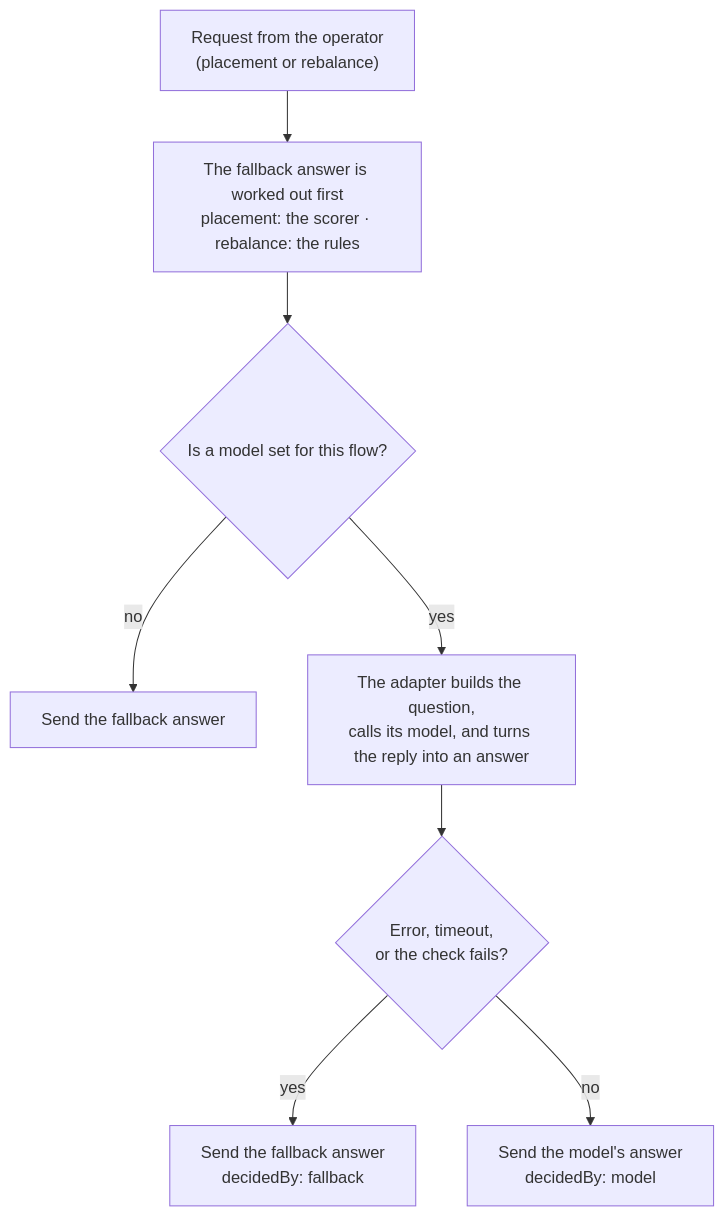
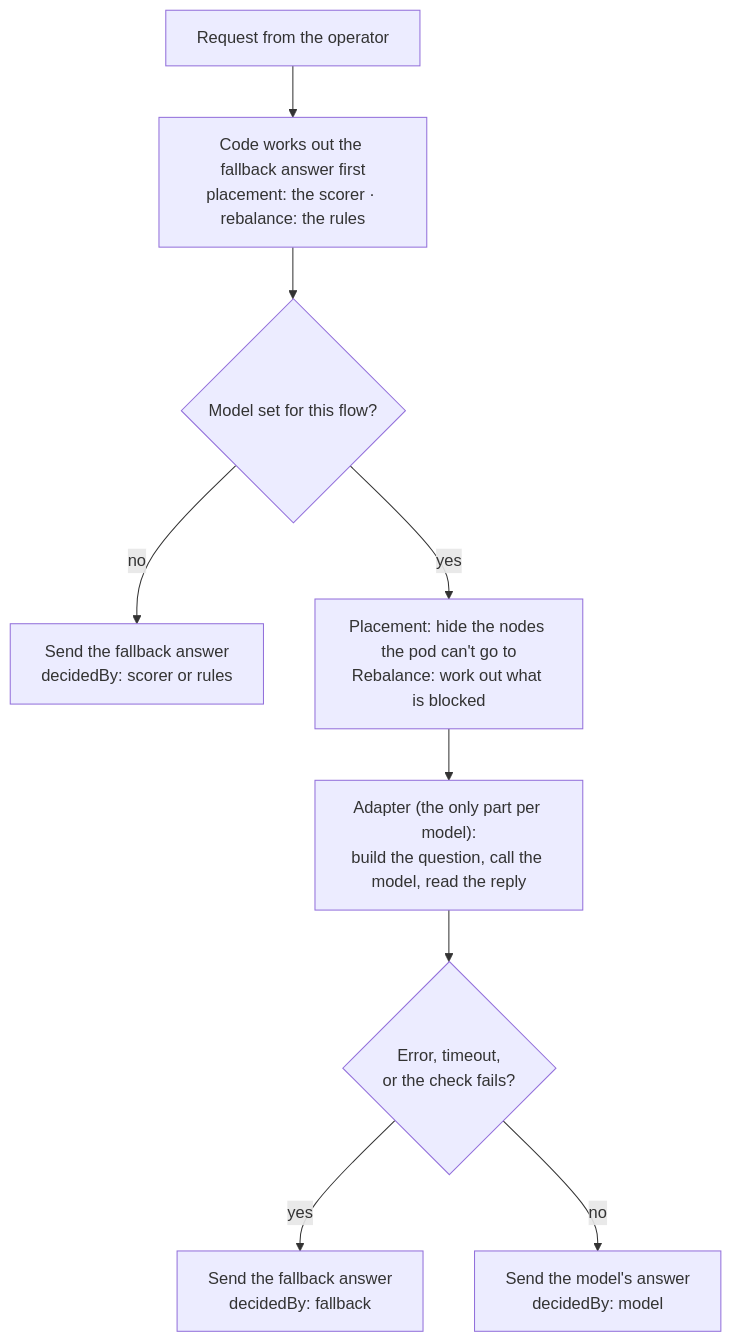
The diagram in docs/decision-models.md (HIRO-MicroDataCenters-BV/hiro-adaptive-orchestrator), drawn with Mermaid before and after one commit. The commit also changed other lines of this file and 7 other files, not shown here.

Commit message:
Hide the nodes a pod can't go to from every placement model, and lead the model guide with settings-only integration

````diff
--- a/docs/decision-models.md
+++ b/docs/decision-models.md
@@ -21,10 +23,11 @@
 ```mermaid
 flowchart TD
-    Req["Request from the operator<br/>(placement or rebalance)"] --> FB["The fallback answer is worked out first<br/>placement: the scorer · rebalance: the rules"]
-    FB --> On{"Is a model set for this flow?"}
-    On -- no --> SendFB["Send the fallback answer"]
-    On -- yes --> Ad["The adapter builds the question,<br/>calls its model, and turns the reply into an answer"]
+    Req["Request from the operator"] --> FB["Code works out the fallback answer first<br/>placement: the scorer · rebalance: the rules"]
+    FB --> On{"Model set for this flow?"}
+    On -- no --> SendFB["Send the fallback answer<br/>decidedBy: scorer or rules"]
+    On -- yes --> Prep["Placement: hide the nodes the pod can't go to<br/>Rebalance: work out what is blocked"]
+    Prep --> Ad["Adapter (the only part per model):<br/>build the question, call the model, read the reply"]
     Ad --> Ok{"Error, timeout,<br/>or the check fails?"}
     Ok -- yes --> SendFB2["Send the fallback answer<br/>decidedBy: fallback"]
     Ok -- no --> SendM["Send the model's answer<br/>decidedBy: model"]
 ```
````
